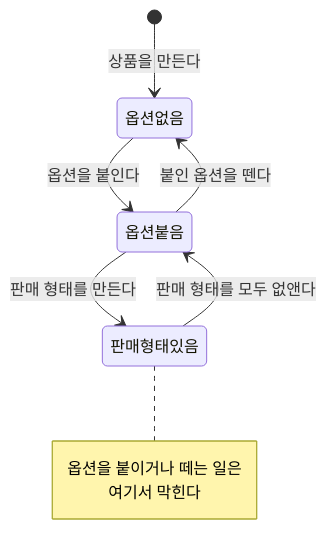
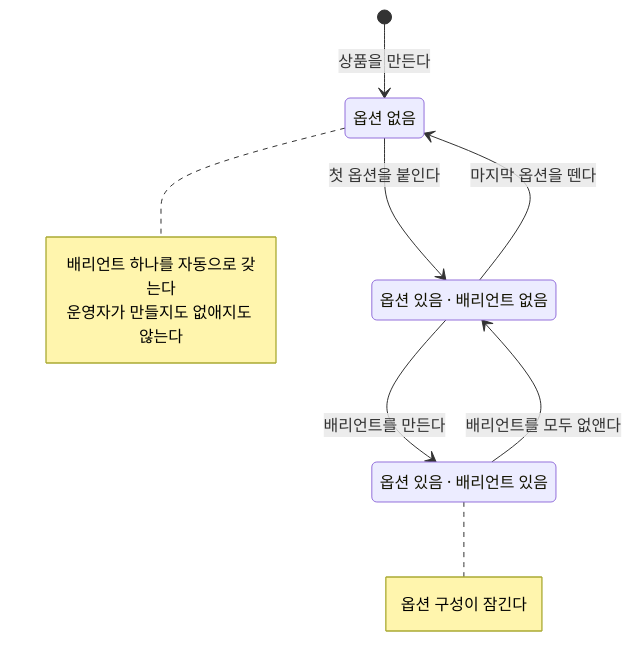
One commit to libstake-portfolio/ms-product changed the diagram in docs/specifications/product-authoring.md. Above: the diagram before and after it, drawn with Mermaid. The commit also changed other lines of this file and 10 other files, not shown here.

````diff
--- a/docs/specifications/product-authoring.md
+++ b/docs/specifications/product-authoring.md
@@ -21,12 +17,20 @@
 ```mermaid
 stateDiagram-v2
-    [*] --> 옵션없음: 상품을 만든다
-    옵션없음 --> 옵션붙음: 옵션을 붙인다
-    옵션붙음 --> 옵션없음: 붙인 옵션을 뗀다
-    옵션붙음 --> 판매형태있음: 판매 형태를 만든다
-    판매형태있음 --> 옵션붙음: 판매 형태를 모두 없앤다
-    note right of 판매형태있음
-        옵션을 붙이거나 떼는 일은
-        여기서 막힌다
+    state "옵션 없음" as 무옵션
+    state "옵션 있음 · 배리언트 없음" as 준비중
+    state "옵션 있음 · 배리언트 있음" as 구성완료
+
+    [*] --> 무옵션: 상품을 만든다
+    무옵션 --> 준비중: 첫 옵션을 붙인다
+    준비중 --> 무옵션: 마지막 옵션을 뗀다
+    준비중 --> 구성완료: 배리언트를 만든다
+    구성완료 --> 준비중: 배리언트를 모두 없앤다
+
+    note right of 무옵션
+        배리언트 하나를 자동으로 갖는다
+        운영자가 만들지도 없애지도 않는다
+    end note
+    note right of 구성완료
+        옵션 구성이 잠긴다
     end note
 ```
````
